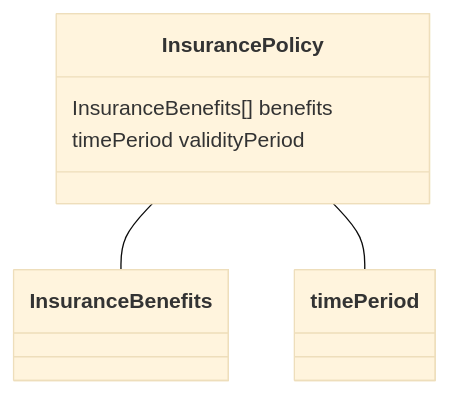
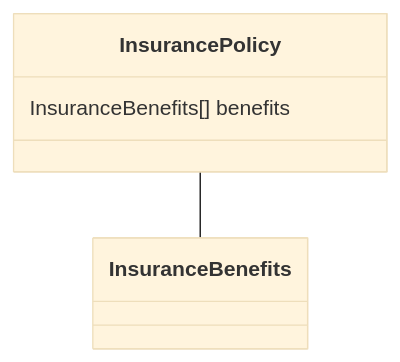
Before and after one commit to codexstanford/Insurance-Payout-Ontology: the diagram in datamodel-build/mermaid/InsurancePolicy.mmd, drawn with Mermaid (base theme). The commit also changed 68 other files, not shown here.

```diff
--- a/datamodel-build/mermaid/InsurancePolicy.mmd
+++ b/datamodel-build/mermaid/InsurancePolicy.mmd
@@ -1,11 +1,9 @@
 classDiagram
   InsurancePolicy -- InsuranceBenefits
-InsurancePolicy -- timePeriod
 
 
 class InsurancePolicy {
 
   InsuranceBenefits[] benefits
-  timePeriod validityPeriod
 
 }
```
